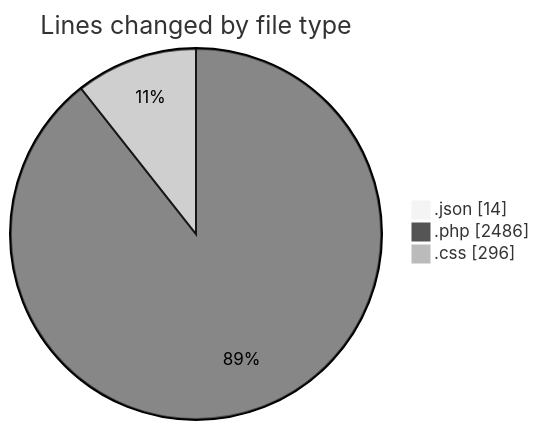
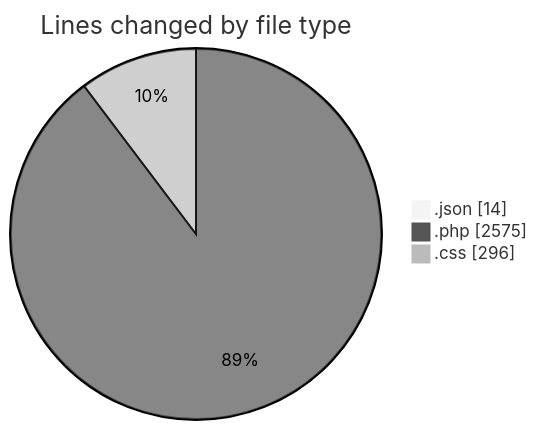
Before and after one commit to debugP/code-tracking: the first of 2 diagrams in 2026-07-31/untitled__workspace_/README.md, drawn with Mermaid (neutral theme). The commit also changed other lines of this file and 1 other file, not shown here.

````diff
--- a/2026-07-31/untitled__workspace_/README.md
+++ b/2026-07-31/untitled__workspace_/README.md
@@ -23,7 +23,7 @@
 ```mermaid
 pie showData
 title Lines changed by file type
 ".json" : 14
-".php" : 2486
+".php" : 2575
 ".css" : 296
 ```
````
